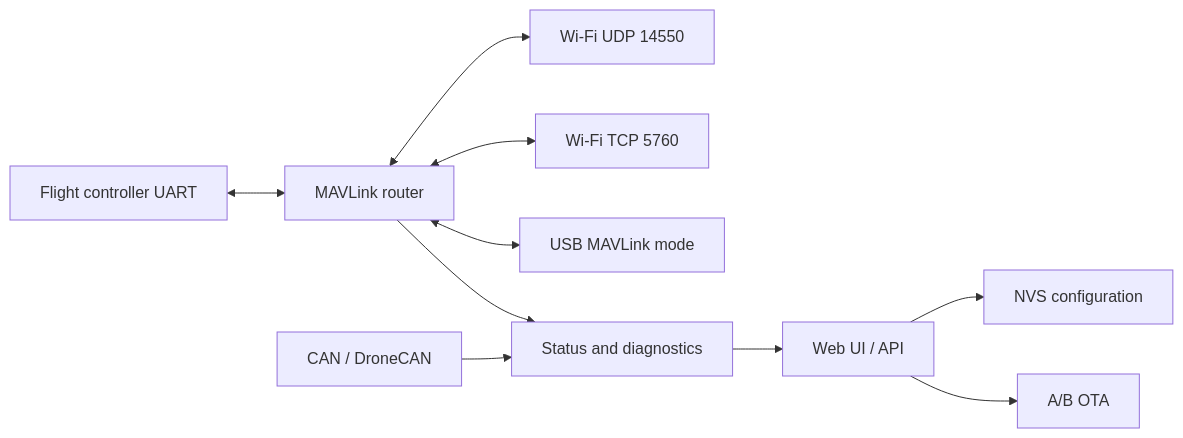
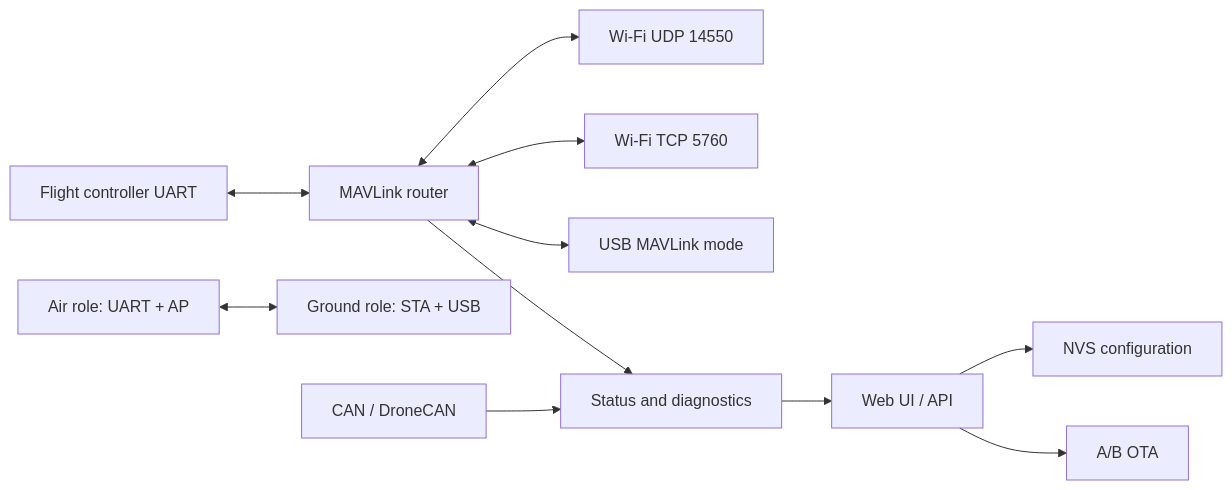
One commit to FlyingRC-Official/AirLink changed the diagram in README.md. Above: the diagram before and after it, drawn with Mermaid. The commit also changed other lines of this file and 44 other files, not shown here.

````diff
--- a/README.md
+++ b/README.md
@@ -12,12 +12,13 @@
 ```mermaid
 flowchart LR
     FC["Flight controller UART"] <--> Router["MAVLink router"]
     Router <--> UDP["Wi-Fi UDP 14550"]
     Router <--> TCP["Wi-Fi TCP 5760"]
     Router <--> USB["USB MAVLink mode"]
+    Air["Air role: UART + AP"] <--> Ground["Ground role: STA + USB"]
     CAN["CAN / DroneCAN"] --> Diagnostics["Status and diagnostics"]
     Router --> Diagnostics
     Diagnostics --> Web["Web UI / API"]
     Web --> Config["NVS configuration"]
     Web --> OTA["A/B OTA"]
 ```
````
